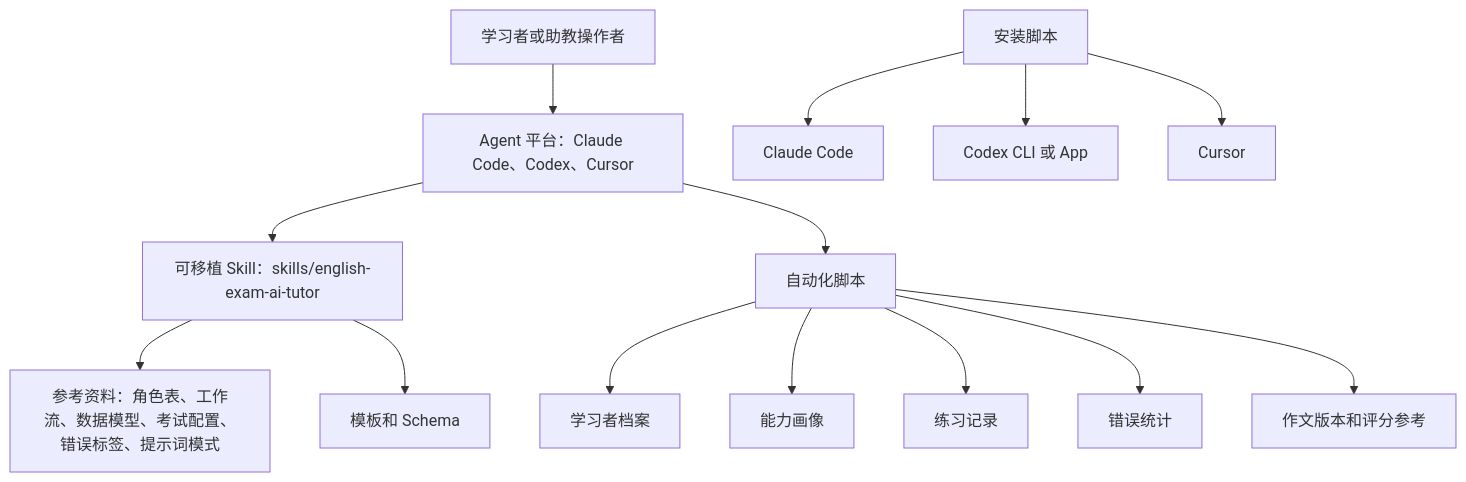
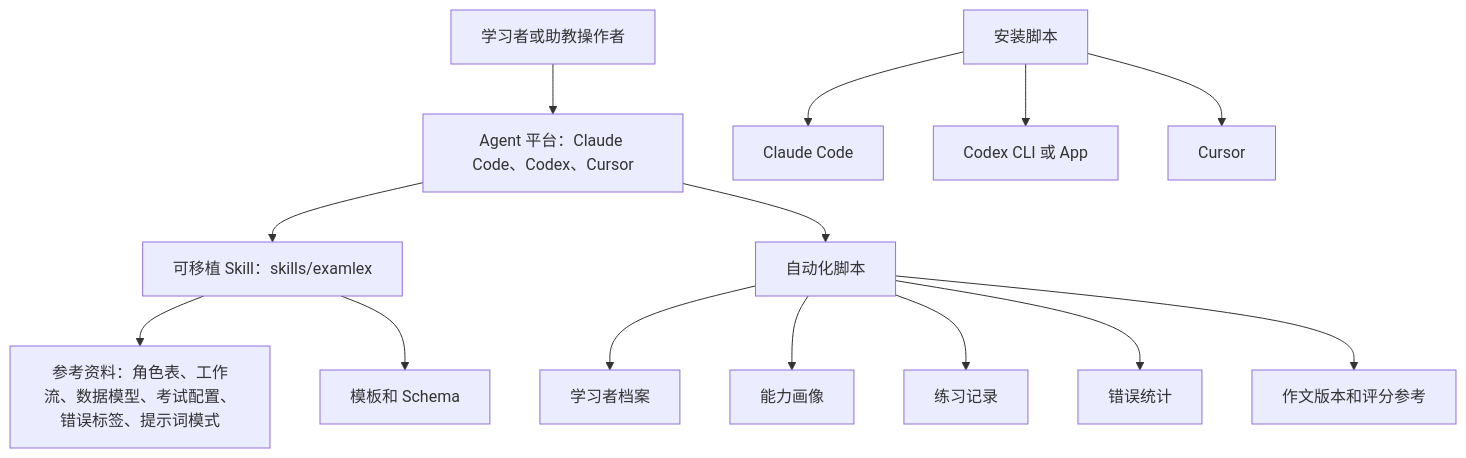
Before and after one commit to SFEW888/ExamLex: the first of 2 diagrams in zh-CN/docs/architecture.md, drawn with Mermaid. The commit also changed other lines of this file and 341 other files, not shown here.

````diff
--- a/zh-CN/docs/architecture.md
+++ b/zh-CN/docs/architecture.md
@@ -5,16 +5,16 @@
 ```mermaid
 flowchart TD
     User["学习者或助教操作者"] --> Agent["Agent 平台：Claude Code、Codex、Cursor"]
-    Agent --> Skill["可移植 Skill：skills/english-exam-ai-tutor"]
+    Agent --> Skill["可移植 Skill：skills/examlex"]
     Skill --> References["参考资料：角色表、工作流、数据模型、考试配置、错误标签、提示词模式"]
     Skill --> Templates["模板和 Schema"]
     Agent --> Scripts["自动化脚本"]
     Scripts --> Profile["学习者档案"]
     Scripts --> Ability["能力画像"]
     Scripts --> Ledger["练习记录"]
     Scripts --> Errors["错误统计"]
     Scripts --> Writing["作文版本和评分参考"]
     Installers["安装脚本"] --> Claude["Claude Code"]
     Installers --> Codex["Codex CLI 或 App"]
     Installers --> Cursor["Cursor"]
 ```
````
